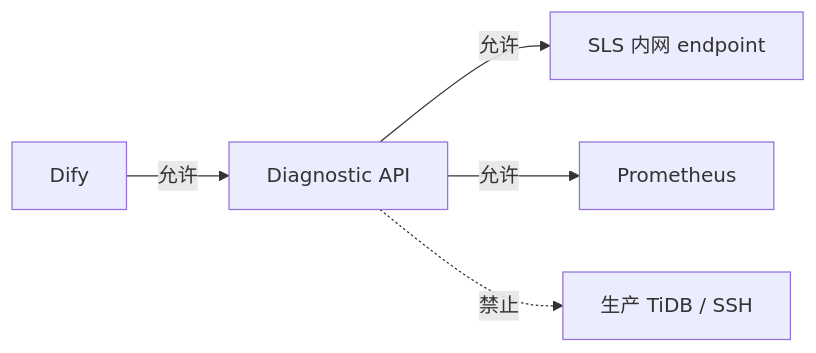
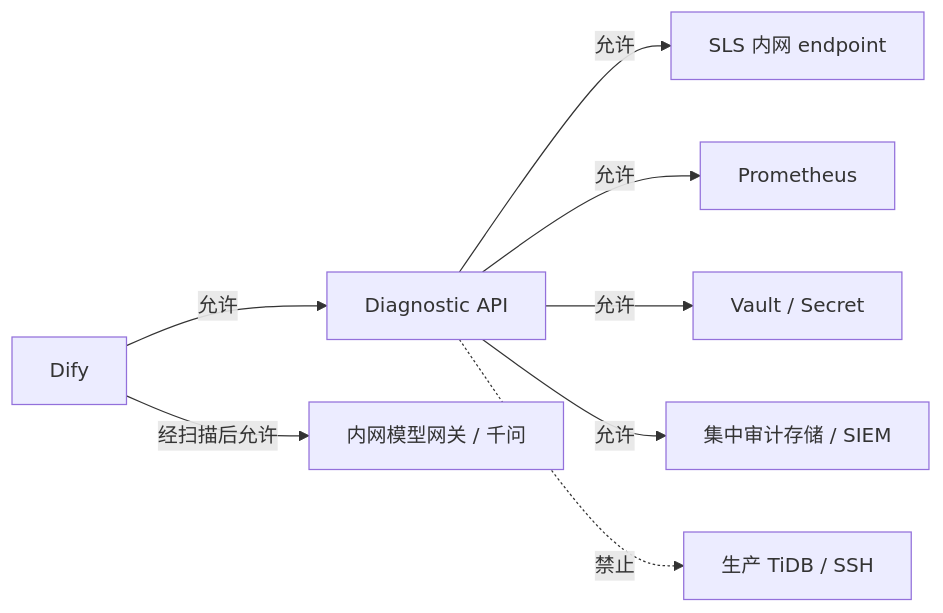
The tenth of 10 diagrams in docs/tidb-diag-agent-technical-design.md (yangzhengjie/tidb-diag), drawn with Mermaid before and after one commit. The commit also changed other lines of this file and 1 other file, not shown here.

````diff
--- a/docs/tidb-diag-agent-technical-design.md
+++ b/docs/tidb-diag-agent-technical-design.md
@@ -849,7 +1025,10 @@
 ```mermaid
 flowchart LR
     Dify["Dify"] -->|允许| API["Diagnostic API"]
+    Dify -->|经扫描后允许| Model["内网模型网关 / 千问"]
     API -->|允许| SLS["SLS 内网 endpoint"]
     API -->|允许| Prom["Prometheus"]
+    API -->|允许| Vault["Vault / Secret"]
+    API -->|允许| Audit["集中审计存储 / SIEM"]
     API -.->|禁止| Prod["生产 TiDB / SSH"]
 ```
````
